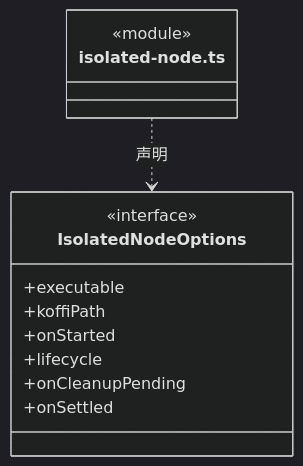
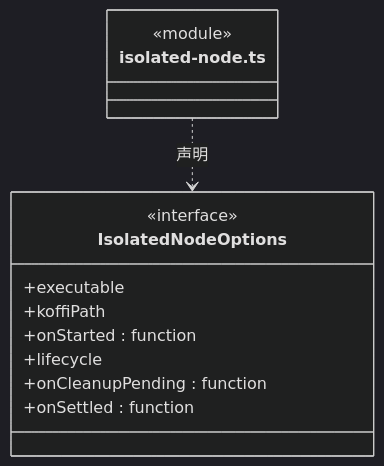
Before and after one commit to nan023062/cbim: the seventh of 15 diagrams in src/logic/file-operations/platform/isolation/ARCHITECTURE.md, drawn with Mermaid (dark theme). The commit also changed other lines of this file and 137 other files, not shown here.

Commit message:
fix: align architecture generator with documentation standards

````diff
--- a/src/logic/file-operations/platform/isolation/ARCHITECTURE.md
+++ b/src/logic/file-operations/platform/isolation/ARCHITECTURE.md
@@ -176,16 +182,16 @@
 ```mermaid
 classDiagram
 class N_src_logic_file_operations_platform_isolation_isolated_node_ts["isolated-node.ts"] {
   <<module>>
 }
 class N_src_logic_file_operations_platform_isolation_isolated_node_ts_IsolatedNodeOptions["IsolatedNodeOptions"] {
   <<interface>>
   +executable
   +koffiPath
-  +onStarted
+  +onStarted : function
   +lifecycle
-  +onCleanupPending
-  +onSettled
+  +onCleanupPending : function
+  +onSettled : function
 }
 N_src_logic_file_operations_platform_isolation_isolated_node_ts ..> N_src_logic_file_operations_platform_isolation_isolated_node_ts_IsolatedNodeOptions : 声明
 ```
````
